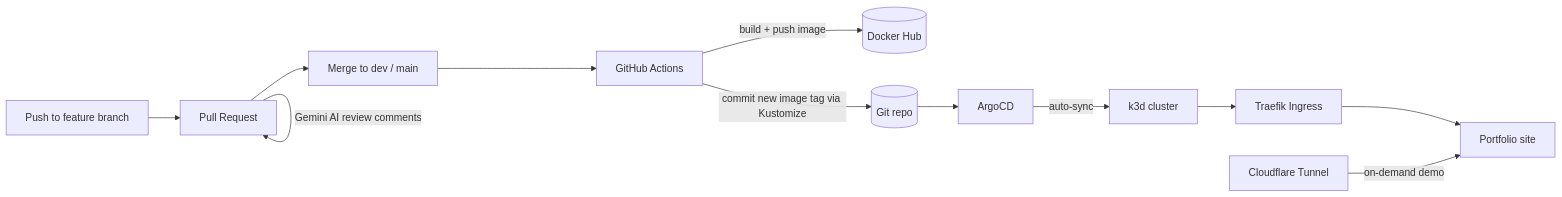
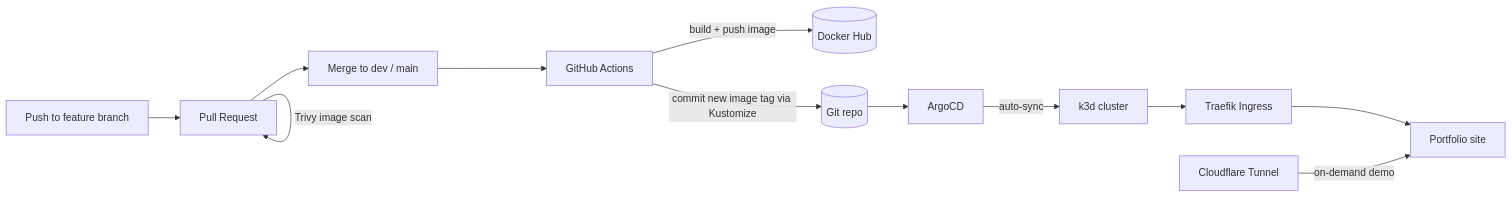
Before and after one commit to Petar-Dev-Port/devops-portfolio: the diagram in README.md, drawn with Mermaid. The commit also changed other lines of this file, not shown here.

````diff
--- a/README.md
+++ b/README.md
@@ -11,14 +11,15 @@
 ```mermaid
 flowchart LR
     Dev[Push to feature branch] --> PR[Pull Request]
     PR -->|Gemini AI review comments| PR
+    PR -->|Trivy image scan| PR
     PR --> Merge[Merge to dev / main]
     Merge --> CI[GitHub Actions]
     CI -->|build + push image| Hub[(Docker Hub)]
     CI -->|commit new image tag via Kustomize| Git[(Git repo)]
     Git --> Argo[ArgoCD]
     Argo -->|auto-sync| Cluster[k3d cluster]
     Cluster --> Traefik[Traefik Ingress]
     Traefik --> Site[Portfolio site]
     Tunnel[Cloudflare Tunnel] -->|on-demand demo| Site
 ```
````
